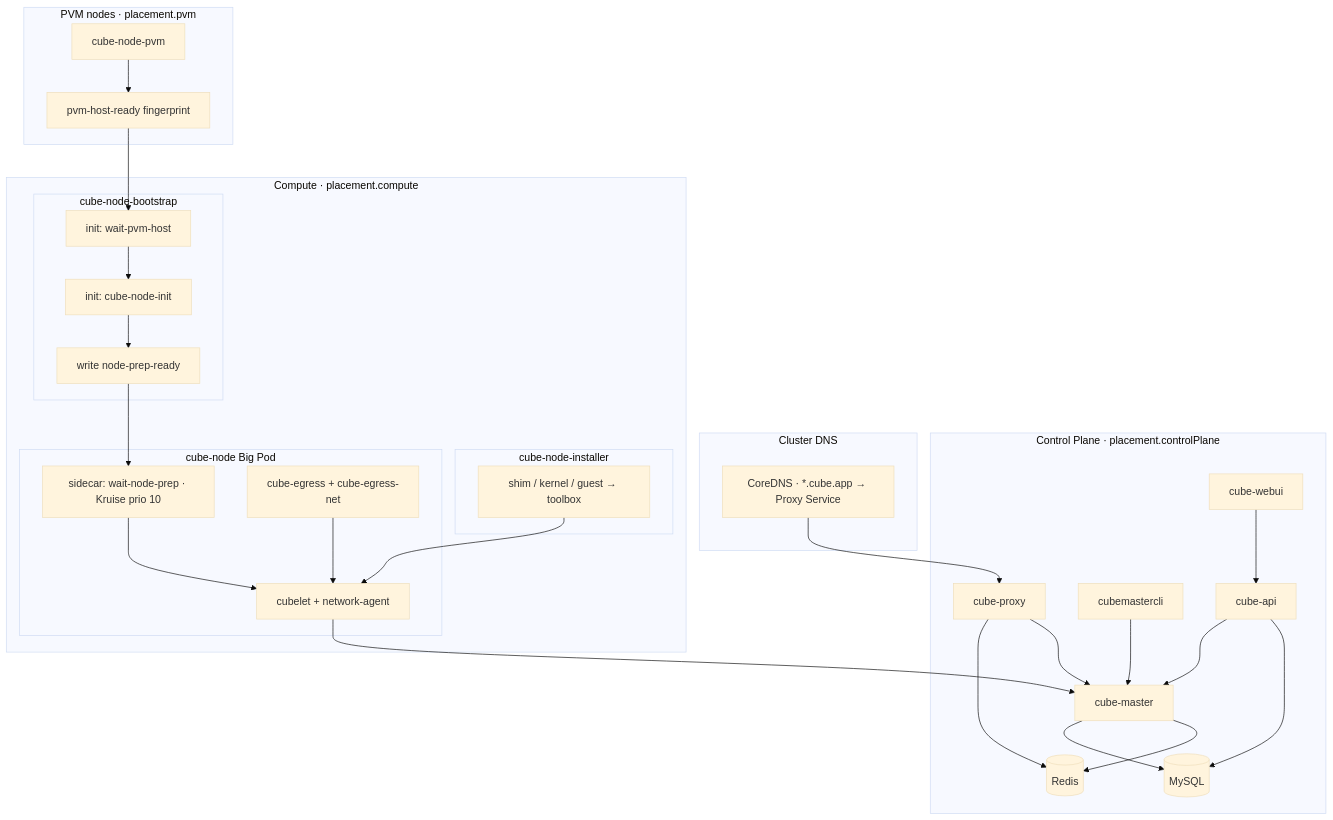
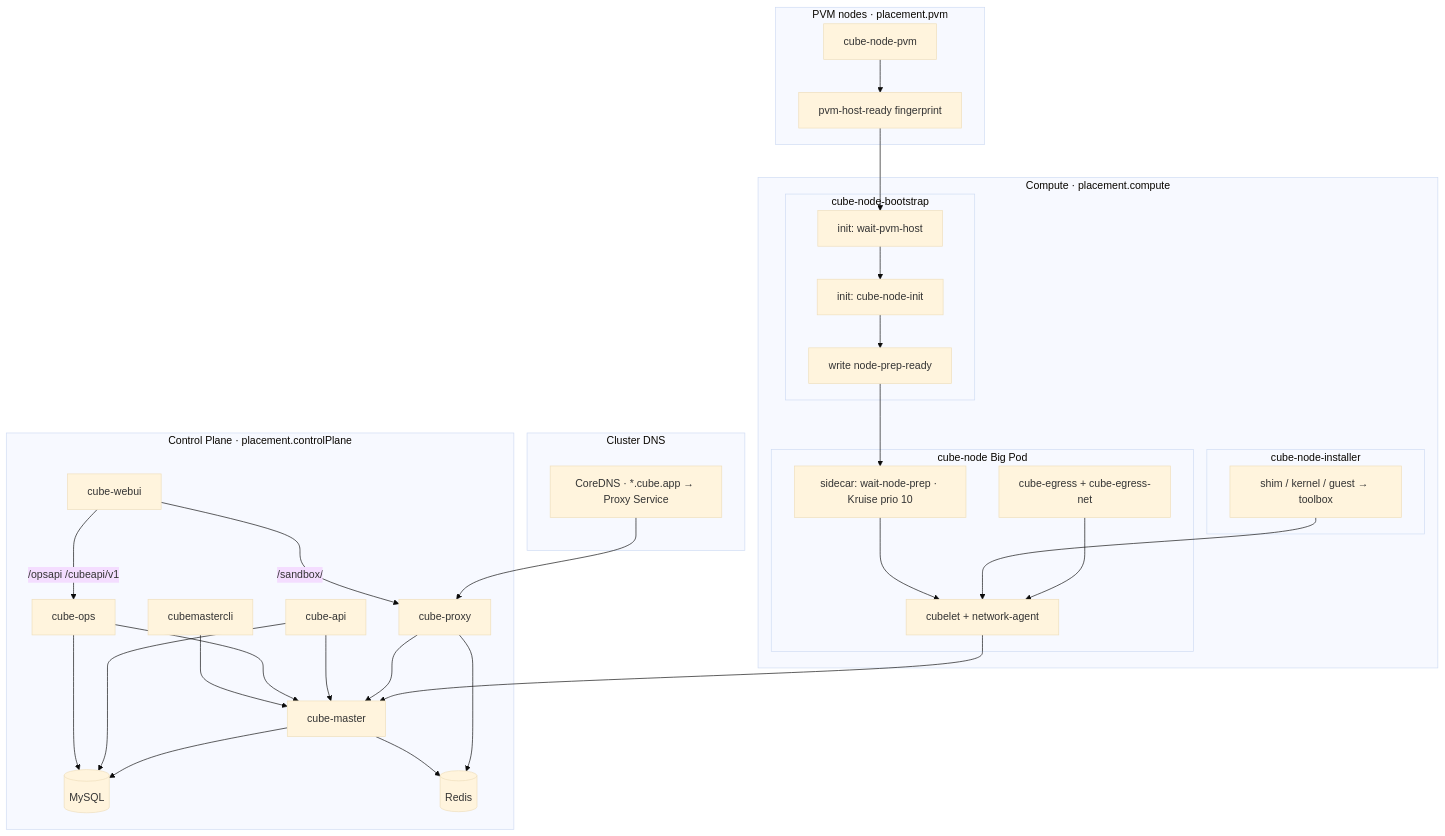
Before and after one commit to TencentCloud/CubeSandbox: the first of 9 diagrams in deploy/kubernetes/chart/docs/ARCHITECTURE.md, drawn with Mermaid (base theme). The commit also changed other lines of this file and 17 other files, not shown here.

First line of the commit message:
feat(helm): add CubeOps component with WebUI nginx refactoring

````diff
--- a/deploy/kubernetes/chart/docs/ARCHITECTURE.md
+++ b/deploy/kubernetes/chart/docs/ARCHITECTURE.md
@@ -23,56 +24,60 @@
 ```mermaid
 flowchart TB
   subgraph CP["Control Plane · placement.controlPlane"]
     CM["cube-master"]
     API["cube-api"]
+    OPS["cube-ops"]
     WEB["cube-webui"]
     CLI["cubemastercli"]
     MYSQL[("MySQL")]
     REDIS[("Redis")]
     PROXY["cube-proxy"]
   end
 
   subgraph CLUSTER["Cluster DNS"]
     KDNS["CoreDNS · *.cube.app → Proxy Service"]
   end
 
   subgraph PVMN["PVM nodes · placement.pvm"]
     PVMDS["cube-node-pvm"]
     PVMREADY["pvm-host-ready fingerprint"]
   end
 
   subgraph COMPUTE["Compute · placement.compute"]
     subgraph BOOT["cube-node-bootstrap"]
       WAITPVM["init: wait-pvm-host"]
       NINIT["init: cube-node-init"]
       READY["write node-prep-ready"]
     end
     subgraph INST["cube-node-installer"]
       ART["shim / kernel / guest → toolbox"]
     end
     subgraph NODE["cube-node Big Pod"]
       WAIT["sidecar: wait-node-prep · Kruise prio 10"]
       RUN["cubelet + network-agent"]
       EG["cube-egress + cube-egress-net"]
     end
   end
 
-  WEB --> API
+  WEB -->|"/opsapi /cubeapi/v1"| OPS
+  WEB -->|"/sandbox/"| PROXY
   CLI --> CM
+  OPS --> CM
+  OPS --> MYSQL
   API --> CM
   API --> MYSQL
   CM --> MYSQL
   CM --> REDIS
   PROXY --> REDIS
   PROXY --> CM
   KDNS --> PROXY
   PVMDS --> PVMREADY
   PVMREADY --> WAITPVM
   WAITPVM --> NINIT
   NINIT --> READY
   READY --> WAIT
   WAIT --> RUN
   ART --> RUN
   RUN --> CM
   EG --> RUN
 ```
````
